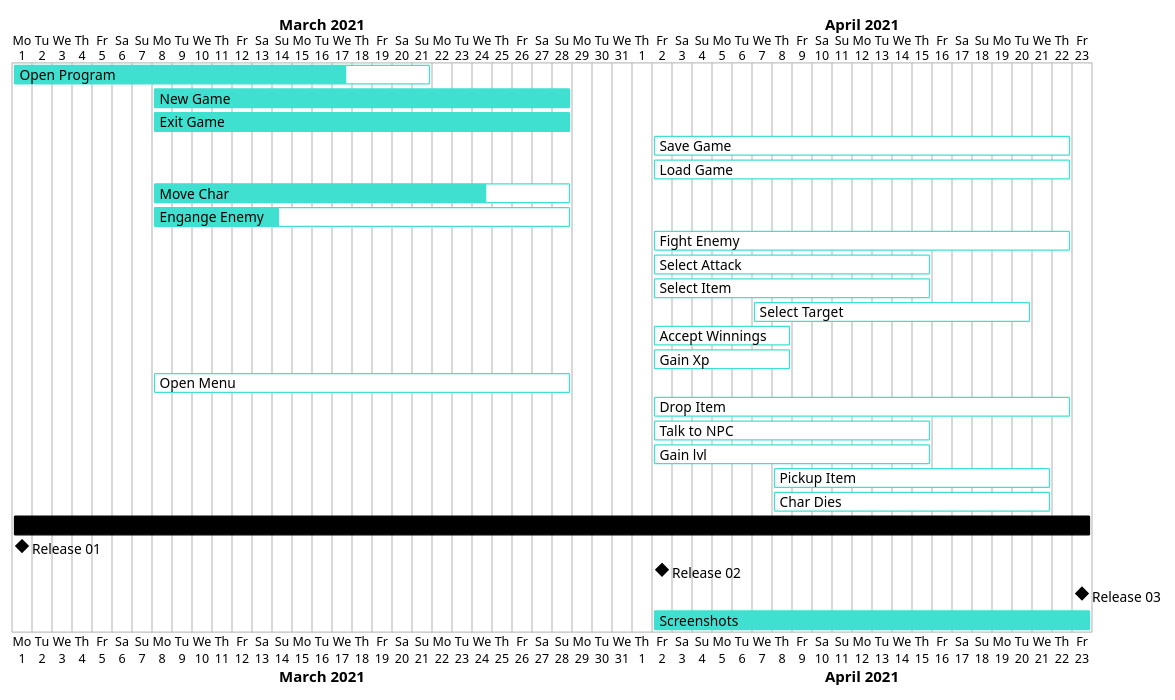
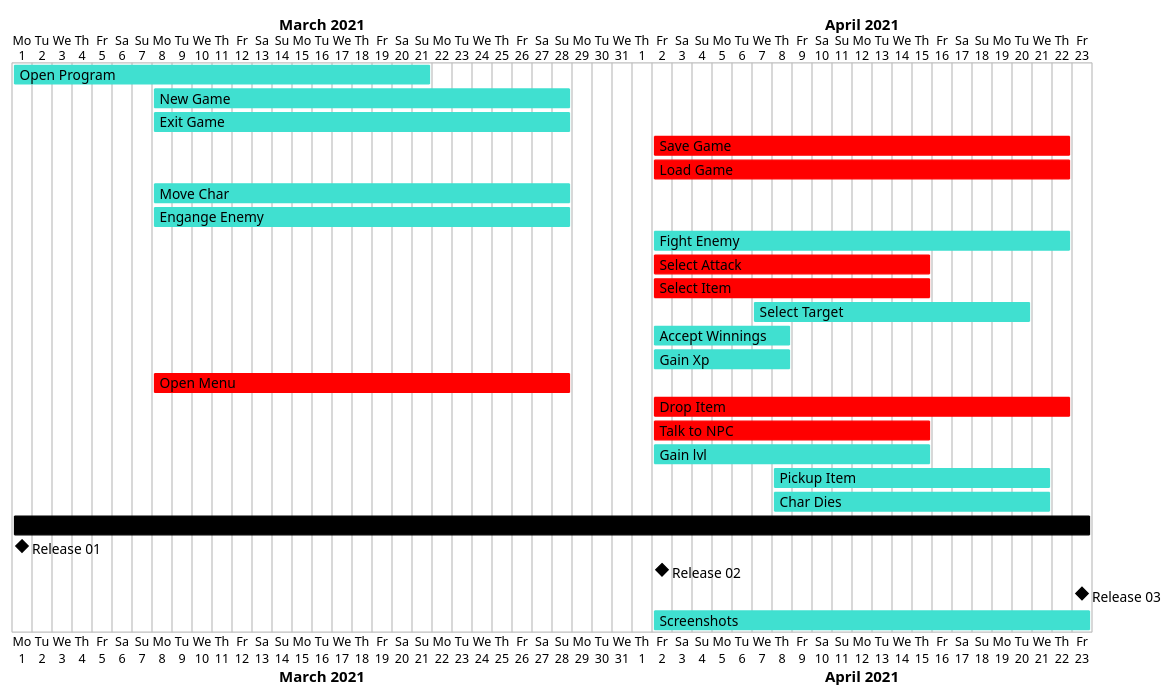
Before and after one commit to sorenjus/RPG-Battle-System: the diagram in com/base/game/out/production/CIS-350-RPG-Battle-System/gantt.puml, drawn with PlantUML. The commit also changed 26 other files, not shown here.

```diff
--- a/com/base/game/out/production/CIS-350-RPG-Battle-System/gantt.puml
+++ b/com/base/game/out/production/CIS-350-RPG-Battle-System/gantt.puml
@@ -1,51 +1,51 @@
 @startgantt
 'https://plantuml.com/gantt-diagram
 Project starts 2021-03-01
-[Open Program] lasts 21 days and is colored in Turquoise and is 80% complete
+[Open Program] lasts 21 days and is colored in Turquoise and is 100% complete
 [New Game] starts 2021-03-08 and lasts 21 days and is colored in Turquoise
 [Exit Game] starts 2021-03-08 and lasts 21 days and is colored in Turquoise
 [Save Game] starts 2021-04-02 and lasts 21 days and is colored in Turquoise
 [Load Game] starts 2021-04-02 and lasts 21 days and is colored in Turquoise
 [Move Char] starts 2021-03-08 and lasts 21 days and is colored in Turquoise
 [Engange Enemy] starts 2021-03-08 and lasts 21 days and is colored in Turquoise
 [Fight Enemy] starts 2021-04-2 and lasts 21 days and is colored in Turquoise
 [Select Attack] starts 2021-04-2 and lasts 14 days and is colored in Turquoise
 [Select Item] starts 2021-04-2 and lasts 14 days and is colored in Turquoise
 [Select Target] starts 2021-04-7 and lasts 14 days and is colored in Turquoise
 [Accept Winnings] starts 2021-04-2 and lasts 7 days and is colored in Turquoise
 [Gain Xp] starts 2021-04-2 and lasts 7 days and is colored in Turquoise
 [Open Menu] starts 2021-03-08 and lasts 21 days and is colored in Turquoise
 [Drop Item] starts 2021-04-2 and lasts 21 days and is colored in Turquoise
 [Talk to NPC] starts 2021-04-2 and lasts 14 days and is colored in Turquoise
 [Gain lvl] starts 2021-04-2 and lasts 14 days and is colored in Turquoise
 [Pickup Item] starts 2021-04-8 and lasts 14 days and is colored in Turquoise
 [Char Dies] starts 2021-04-8 and lasts 14 days and is colored in Turquoise
 
 [Documentation] lasts 54 days and is colored in Black
 
 [Release 01] happens at 2021-03-1
 [Release 02] happens on 32 days after [Release 01]'s end
 [Release 03] happens on 21 days after [Release 02]'s end
 
 [Screenshots] starts 2021-04-2 and ends 2021-04-23
 [Screenshots] is colored in Turquoise
 
 [New Game] is 100% complete
 [Exit Game] is 100% complete
-[Save Game] is 0% complete
-[Load Game] is 0% complete
-[Move Char] is 80% complete
-[Engange Enemy] is 30% complete
-[Fight Enemy] is 0% complete
-[Select Attack] is 0% complete
-[Select Item] is 0% complete
-[Select Target] is 0% complete
-[Accept Winnings] is 0% complete
-[Gain Xp] is 0% complete
-[Open Menu] is 0% complete
-[Drop Item] is 0% complete
-[Talk to NPC] is 0% complete
-[Gain lvl] is 0% complete
-[Pickup Item] is 0% complete
-[Char Dies] is 0% complete
+[Save Game] is 100% complete and is colored in Red
+[Load Game] is 100% complete and is colored in Red
+[Move Char] is 100% complete
+[Engange Enemy] is 100% complete
+[Fight Enemy] is 100% complete
+[Select Attack] is 100% complete and is colored in Red
+[Select Item] is 100% complete and is colored in Red
+[Select Target] is 100% complete
+[Accept Winnings] is 100% complete
+[Gain Xp] is 100% complete
+[Open Menu] is 100% complete and is colored in Red
+[Drop Item] is 100% complete and is colored in Red
+[Talk to NPC] is 100% complete and is colored in Red
+[Gain lvl] is 100% complete
+[Pickup Item] is 100% complete
+[Char Dies] is 100% complete
 @endgantt
```
